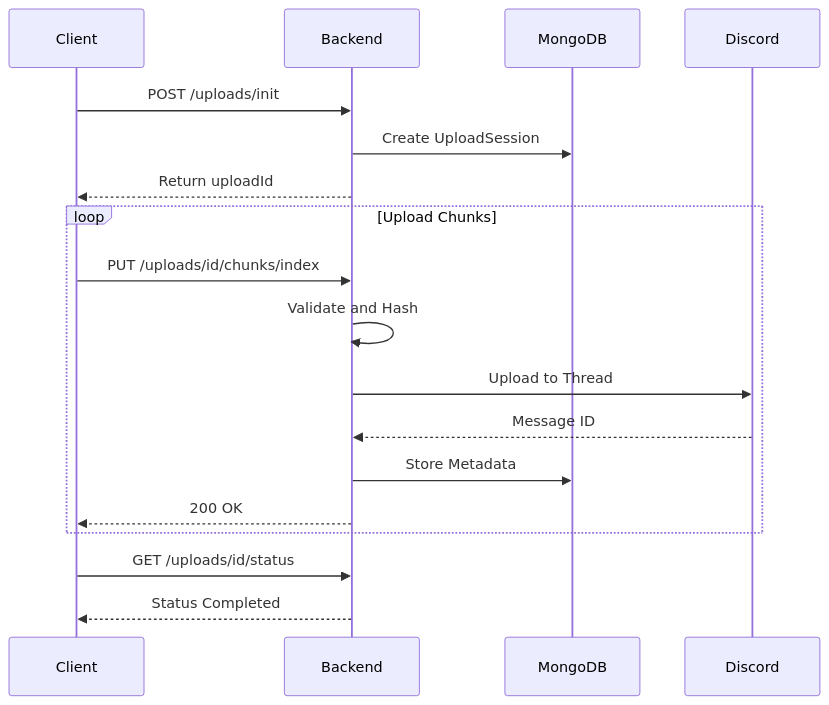
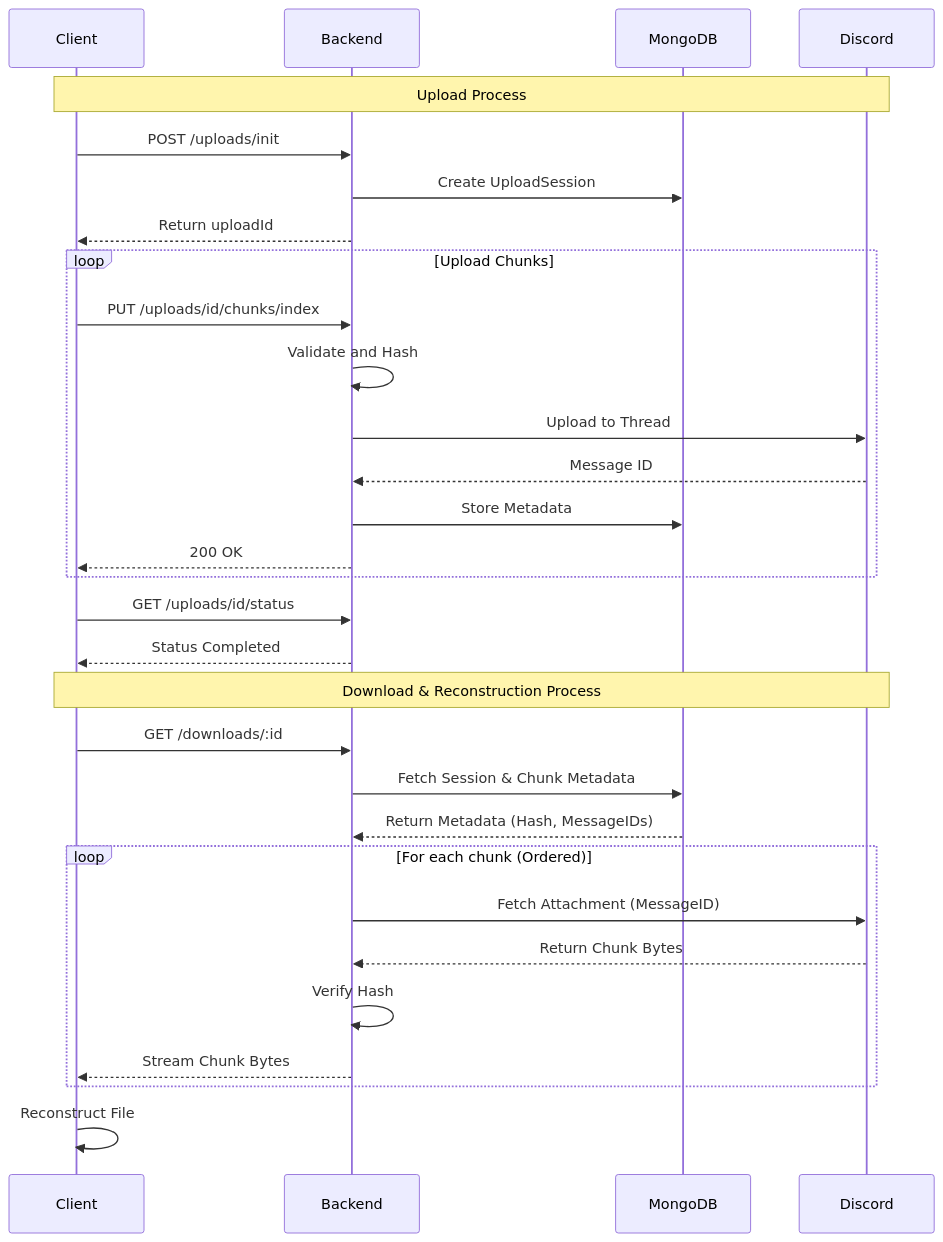
The second of 2 diagrams in README.md (ManemDhanush/discord-storage-system), drawn with Mermaid before and after one commit. The commit also changed other lines of this file, not shown here.

Commit message:
docs: update architecture diagram and add download process sequence diagram

````diff
--- a/README.md
+++ b/README.md
@@ -43,23 +64,38 @@
 ```mermaid
 sequenceDiagram
     participant Client
     participant Backend
     participant DB as MongoDB
     participant Discord
 
+    Note over Client, Discord: Upload Process
     Client->>Backend: POST /uploads/init
     Backend->>DB: Create UploadSession
     Backend-->>Client: Return uploadId
 
     loop Upload Chunks
         Client->>Backend: PUT /uploads/id/chunks/index
         Backend->>Backend: Validate and Hash
         Backend->>Discord: Upload to Thread
         Discord-->>Backend: Message ID
         Backend->>DB: Store Metadata
         Backend-->>Client: 200 OK
     end
 
     Client->>Backend: GET /uploads/id/status
     Backend-->>Client: Status Completed
+
+    Note over Client, Discord: Download & Reconstruction Process
+    Client->>Backend: GET /downloads/:id
+    Backend->>DB: Fetch Session & Chunk Metadata
+    DB-->>Backend: Return Metadata (Hash, MessageIDs)
+
+    loop For each chunk (Ordered)
+        Backend->>Discord: Fetch Attachment (MessageID)
+        Discord-->>Backend: Return Chunk Bytes
+        Backend->>Backend: Verify Hash
+        Backend-->>Client: Stream Chunk Bytes
+    end
+
+    Client->>Client: Reconstruct File
 ```
````
